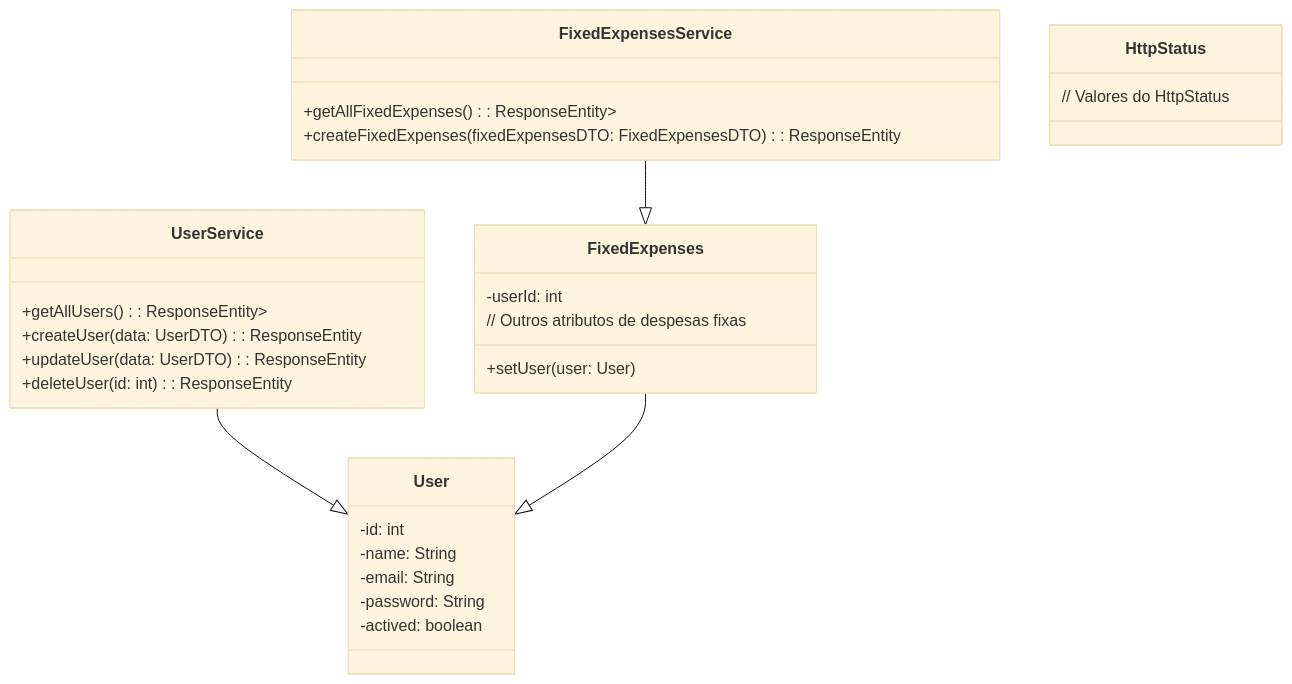
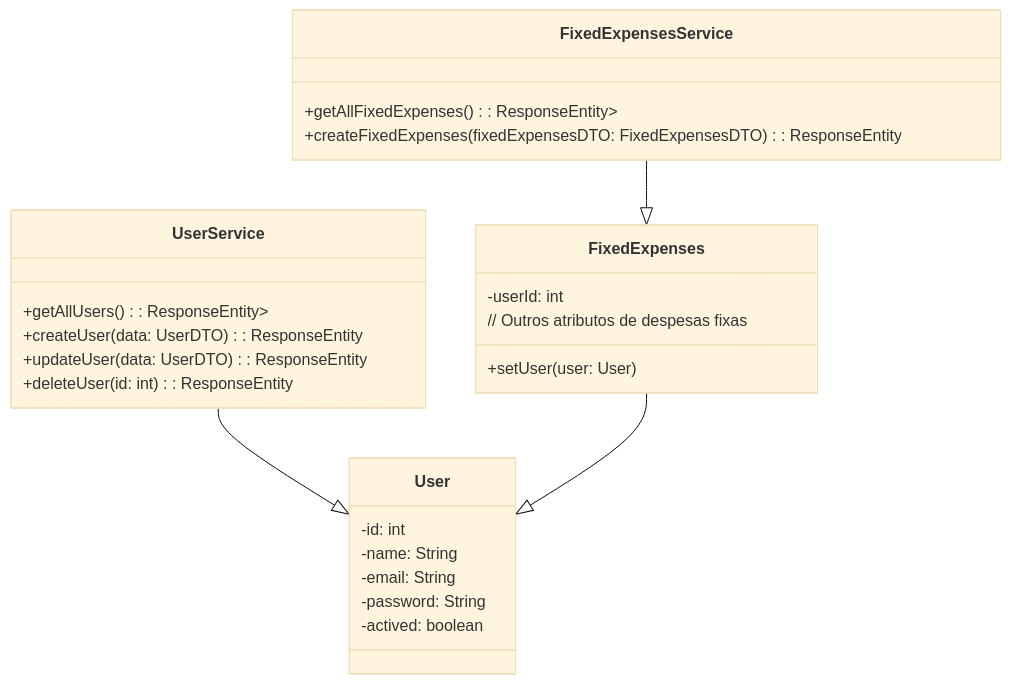
The diagram in README.md (marciocarolino/budgetBuddy), drawn with Mermaid (base theme) before and after one commit.

Commit message:
feat: class mermaid user

````diff
--- a/README.md
+++ b/README.md
@@ -4,36 +4,32 @@
 ```mermaid
 classDiagram
     class UserService {
         +getAllUsers(): ResponseEntity<List<User>>
         +createUser(data: UserDTO): ResponseEntity
         +updateUser(data: UserDTO): ResponseEntity
         +deleteUser(id: int): ResponseEntity
     }
 
     class FixedExpensesService {
         +getAllFixedExpenses(): ResponseEntity<List<FixedExpenses>>
         +createFixedExpenses(fixedExpensesDTO: FixedExpensesDTO): ResponseEntity
     }
 
     class User {
         -id: int
         -name: String
         -email: String
         -password: String
         -actived: boolean
     }
 
     class FixedExpenses {
         -userId: int
         // Outros atributos de despesas fixas
         +setUser(user: User)
     }
 
-    class HttpStatus {
-        // Valores do HttpStatus
-    }
-
     UserService --|> User
     FixedExpensesService --|> FixedExpenses
     FixedExpenses --|> User
 ```
````
